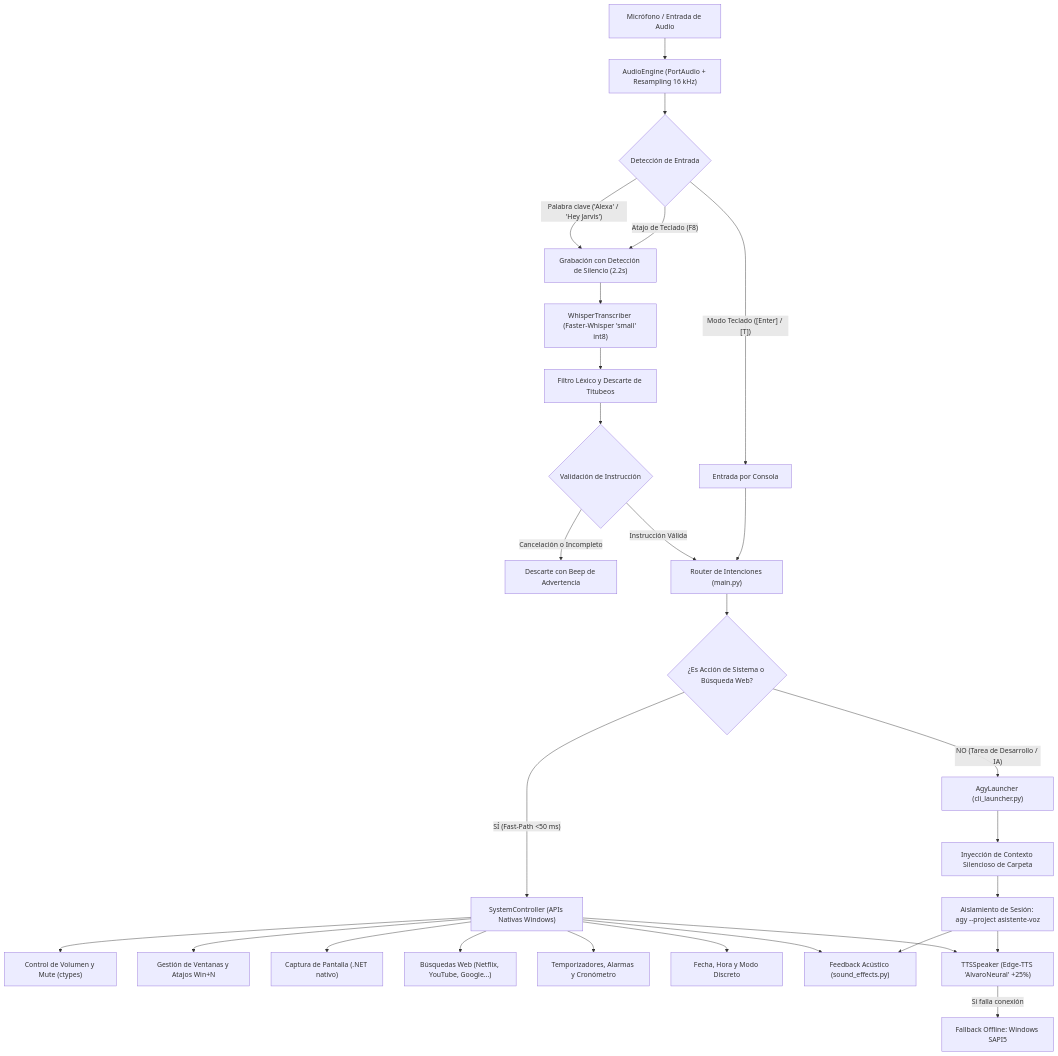
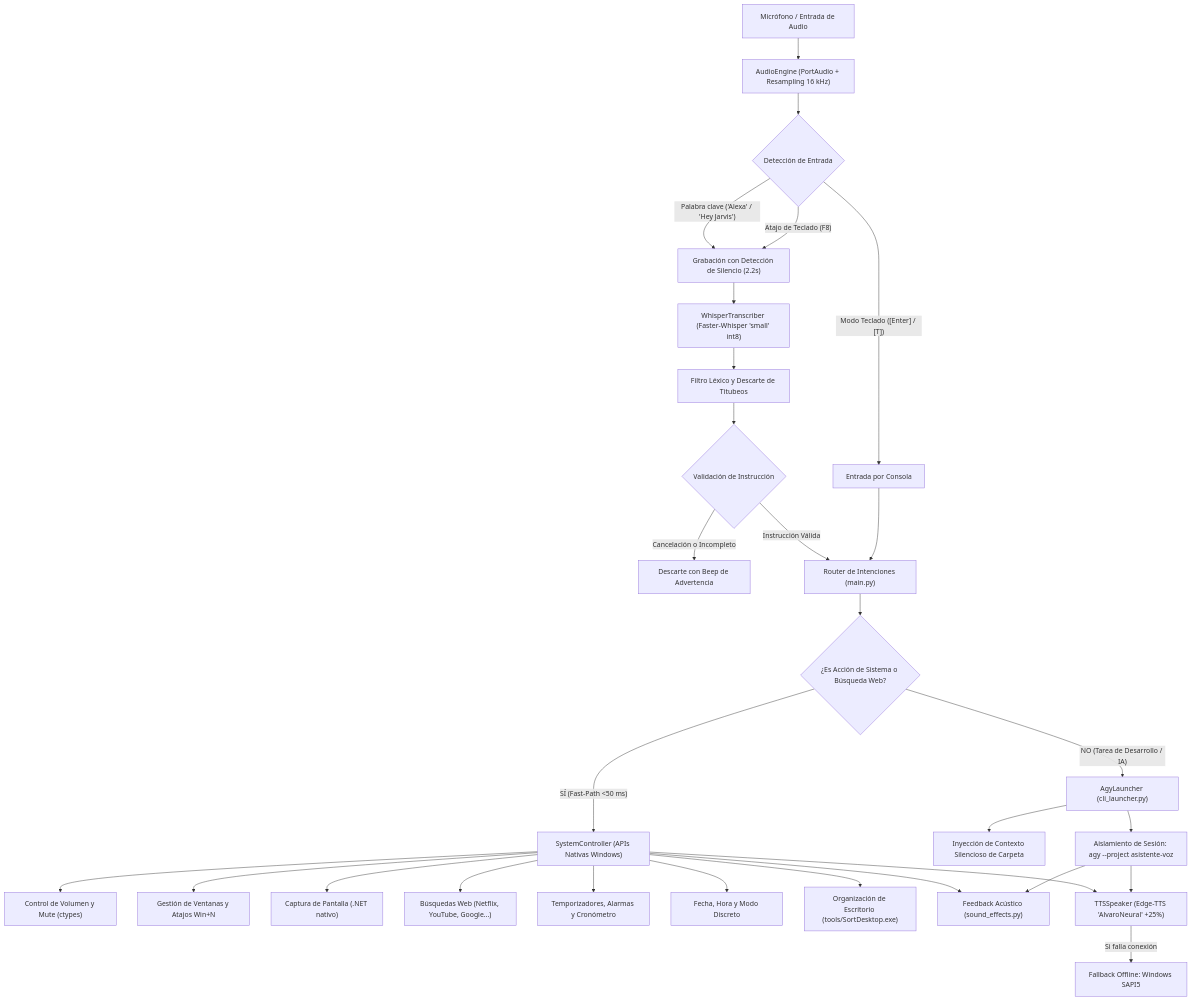
One commit to Ale6100/Asistente-vivecodeado changed the diagram in README.md. Above: the diagram before and after it, drawn with Mermaid. The commit also changed other lines of this file and 5 other files, not shown here.

````diff
--- a/README.md
+++ b/README.md
@@ -13,35 +13,37 @@
 ```mermaid
 flowchart TD
     A["Micrófono / Entrada de Audio"] --> B["AudioEngine (PortAudio + Resampling 16 kHz)"]
     B --> C{"Detección de Entrada"}
     C -->|"Palabra clave ('Alexa' / 'Hey Jarvis')"| D["Grabación con Detección de Silencio (2.2s)"]
     C -->|"Atajo de Teclado (F8)"| D
     C -->|"Modo Teclado ([Enter] / [T])"| E["Entrada por Consola"]
 
     D --> F["WhisperTranscriber (Faster-Whisper 'small' int8)"]
     F --> G["Filtro Léxico y Descarte de Titubeos"]
     G --> H{"Validación de Instrucción"}
     H -->|"Cancelación o Incompleto"| I["Descarte con Beep de Advertencia"]
     H -->|"Instrucción Válida"| J["Router de Intenciones (main.py)"]
     E --> J
 
     J --> K{"¿Es Acción de Sistema o Búsqueda Web?"}
     
     K -->|"SÍ (Fast-Path <50 ms)"| L["SystemController (APIs Nativas Windows)"]
     L --> L1["Control de Volumen y Mute (ctypes)"]
     L --> L2["Gestión de Ventanas y Atajos Win+N"]
     L --> L3["Captura de Pantalla (.NET nativo)"]
     L --> L4["Búsquedas Web (Netflix, YouTube, Google...)"]
     L --> L5["Temporizadores, Alarmas y Cronómetro"]
     L --> L6["Fecha, Hora y Modo Discreto"]
+    L --> L7["Organización de Escritorio (tools/SortDesktop.exe)"]
     
     K -->|"NO (Tarea de Desarrollo / IA)"| M["AgyLauncher (cli_launcher.py)"]
     M --> N["Inyección de Contexto Silencioso de Carpeta"]
-    N --> O["Aislamiento de Sesión: agy --project asistente-voz"]
-    
+    O["Aislamiento de Sesión: agy --project asistente-voz"]
+    M --> O
+
     L --> P["Feedback Acústico (sound_effects.py)"]
     O --> P
     L --> Q["TTSSpeaker (Edge-TTS 'AlvaroNeural' +25%)"]
     O --> Q
     Q -->|"Si falla conexión"| R["Fallback Offline: Windows SAPI5"]
 ```
````
